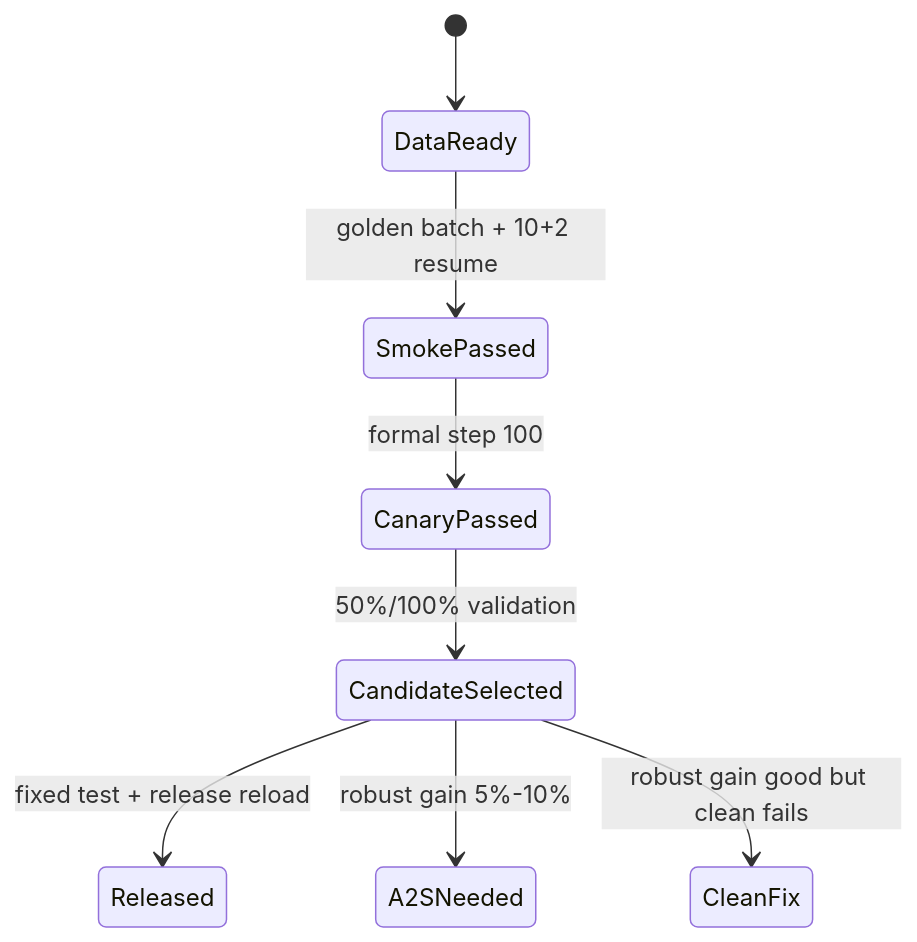
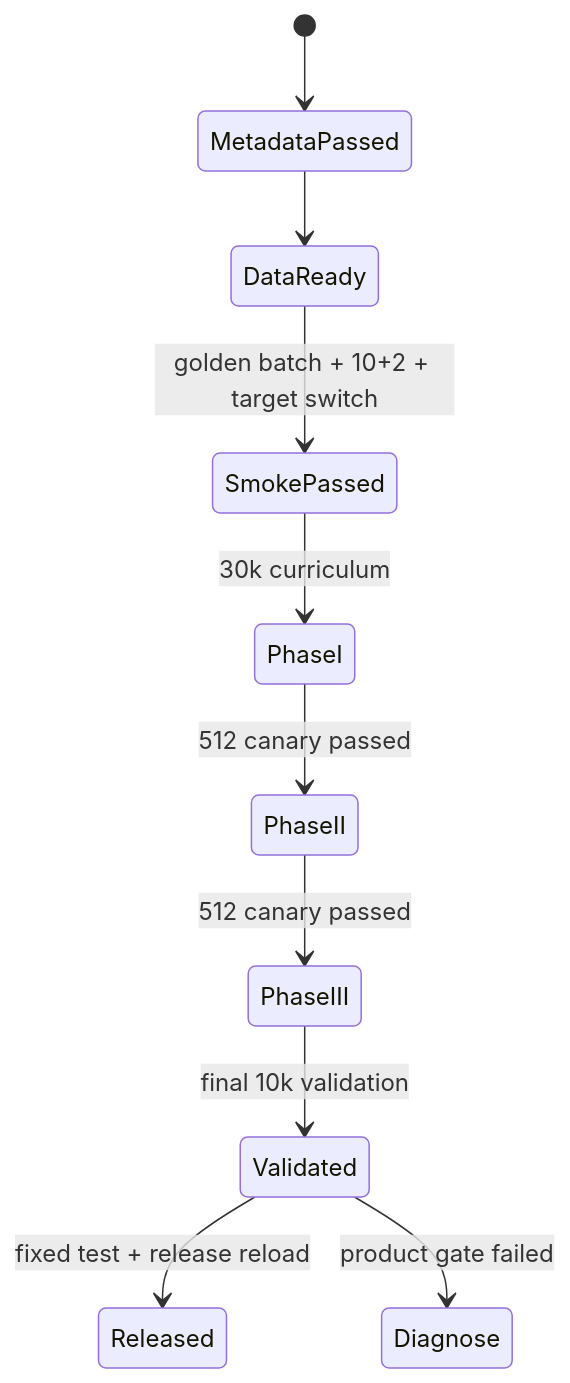
One commit to cluster1900/lora-asr changed the second of 2 diagrams in docs/qwen3-asr/01_architecture.md. Above: the diagram before and after it, drawn with Mermaid. The commit also changed other lines of this file and 34 other files, not shown here.

````diff
--- a/docs/qwen3-asr/01_architecture.md
+++ b/docs/qwen3-asr/01_architecture.md
@@ -89,10 +101,12 @@
 ```mermaid
 stateDiagram-v2
-  [*] --> DataReady
-  DataReady --> SmokePassed: golden batch + 10+2 resume
-  SmokePassed --> CanaryPassed: formal step 100
-  CanaryPassed --> CandidateSelected: 50%/100% validation
-  CandidateSelected --> Released: fixed test + release reload
-  CandidateSelected --> A2SNeeded: robust gain 5%-10%
-  CandidateSelected --> CleanFix: robust gain good but clean fails
+  [*] --> MetadataPassed
+  MetadataPassed --> DataReady
+  DataReady --> SmokePassed: golden batch + 10+2 + target switch
+  SmokePassed --> PhaseI: 30k curriculum
+  PhaseI --> PhaseII: 512 canary passed
+  PhaseII --> PhaseIII: 512 canary passed
+  PhaseIII --> Validated: final 10k validation
+  Validated --> Released: fixed test + release reload
+  Validated --> Diagnose: product gate failed
 ```
````
